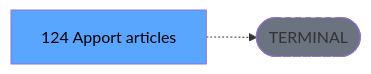
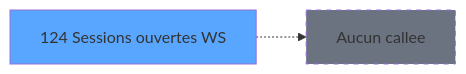
One commit to thonyAGP/magic-migration changed the third of 3 diagrams in .openspec/specs/ADH-IDE-124.md. Above: the diagram before and after it, drawn with Mermaid. The commit also changed other lines of this file and 311 other files, not shown here.

````diff
--- a/.openspec/specs/ADH-IDE-124.md
+++ b/.openspec/specs/ADH-IDE-124.md
@@ -142,8 +163,8 @@
 ```mermaid
 graph LR
-    T[124 Apport articles]
-    TERM([TERMINAL])
-    T -.-> TERM
-    style TERM fill:#6b7280,stroke-dasharray: 5 5
-    style T fill:#58a6ff,color:#000
+    T124[124 Sessions ouvertes WS]
+    style T124 fill:#58a6ff
+    NONE[Aucun callee]
+    T124 -.-> NONE
+    style NONE fill:#6b7280,stroke-dasharray: 5 5
 ```
````
